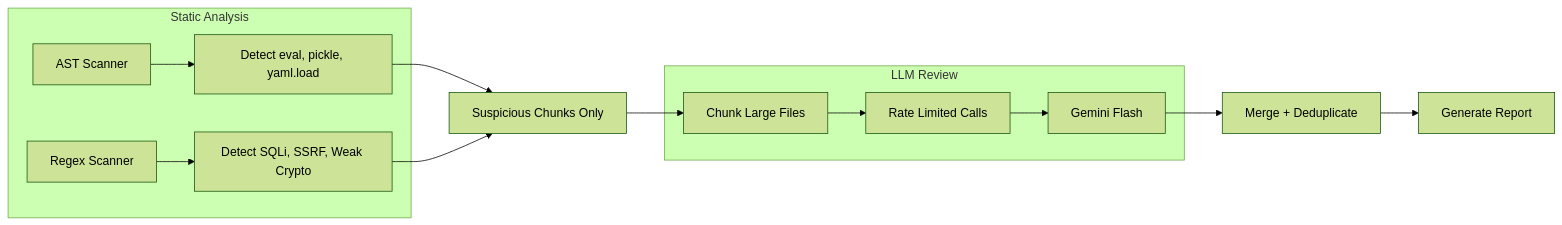
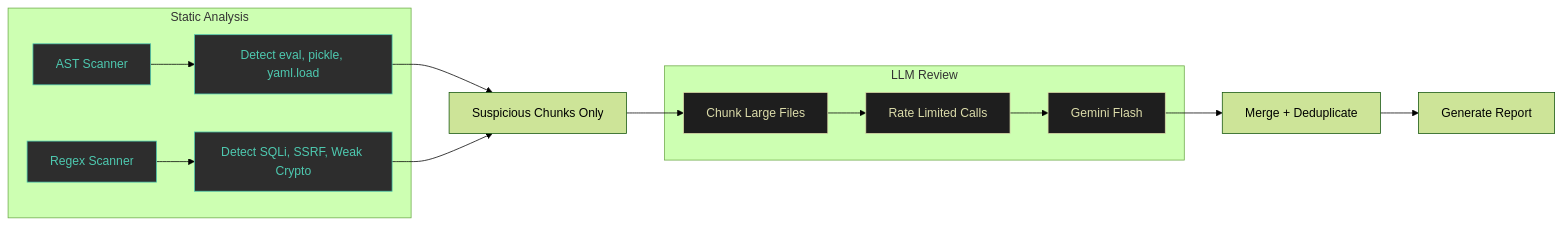
The second of 2 diagrams in README.md (Akkii88/CodeSage.AI), drawn with Mermaid (forest theme) before and after one commit. The commit also changed other lines of this file and 6 other files, not shown here.

Commit message:
Update README with screenshots and improved flowcharts

````diff
--- a/README.md
+++ b/README.md
@@ -45,18 +61,23 @@
 ```mermaid
 flowchart LR
     subgraph Static Analysis
         A1[AST Scanner] --> A2[Detect eval, pickle, yaml.load]
         A3[Regex Scanner] --> A4[Detect SQLi, SSRF, Weak Crypto]
     end
 
     subgraph LLM Review
         B1[Chunk Large Files] --> B2[Rate Limited Calls]
         B2 --> B3[Gemini Flash]
     end
 
     A2 --> C[Suspicious Chunks Only]
     A4 --> C
     C --> B1
     B3 --> D[Merge + Deduplicate]
     D --> E[Generate Report]
+
+    classDef static fill:#2d2d2d,color:#4ec9b0,stroke:#4ec9b0
+    classDef llm fill:#1e1e1e,color:#dcdcaa,stroke:#dcdcaa
+    class A1,A2,A3,A4 static
+    class B1,B2,B3 llm
 ```
````
